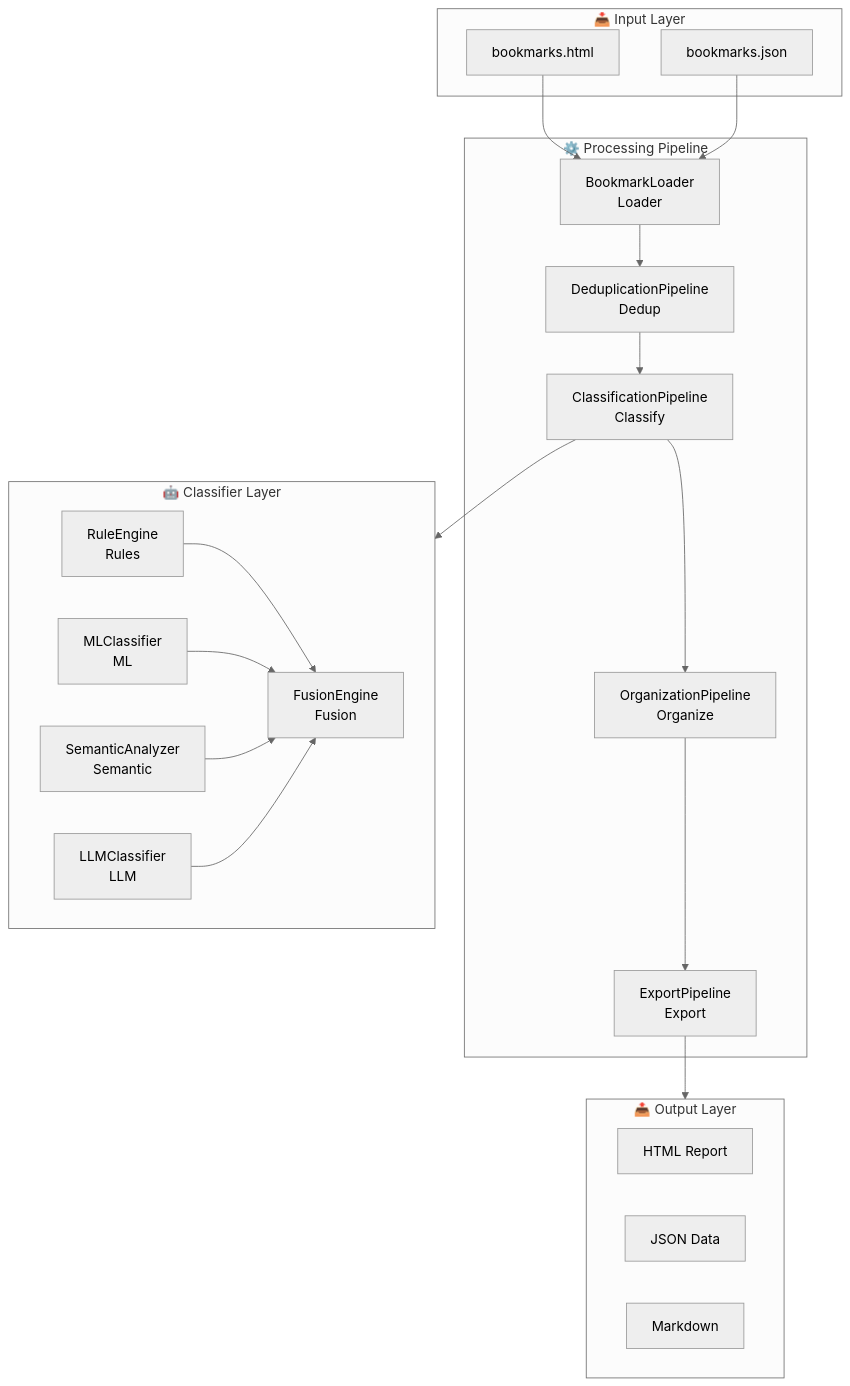
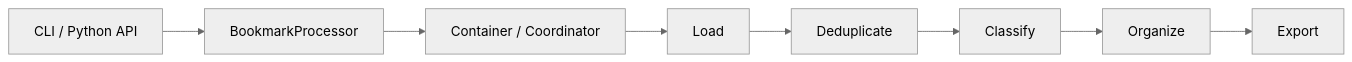
The diagram in docs/en/architecture/pipeline.md (build-workbench/bookmarks-cleaner), drawn with Mermaid (neutral theme) before and after one commit. The commit also changed other lines of this file and 17 other files, not shown here.

````diff
--- a/docs/en/architecture/pipeline.md
+++ b/docs/en/architecture/pipeline.md
@@ -7,32 +21,10 @@
 ```mermaid
-flowchart TB
-    subgraph Input["📥 Input Layer"]
-        HTML[bookmarks.html]
-        JSON_IN[bookmarks.json]
-    end
-    
-    subgraph Pipeline["⚙️ Processing Pipeline"]
-        L[BookmarkLoader<br/>Loader] --> D[DeduplicationPipeline<br/>Dedup]
-        D --> C[ClassificationPipeline<br/>Classify]
-        C --> O[OrganizationPipeline<br/>Organize]
-        O --> E[ExportPipeline<br/>Export]
-    end
-    
-    subgraph Classifiers["🤖 Classifier Layer"]
-        R[RuleEngine<br/>Rules] --> F[FusionEngine<br/>Fusion]
-        M[MLClassifier<br/>ML] --> F
-        S[SemanticAnalyzer<br/>Semantic] --> F
-        LLM[LLMClassifier<br/>LLM] --> F
-    end
-    
-    subgraph Output["📤 Output Layer"]
-        HTML_OUT[HTML Report]
-        JSON_OUT[JSON Data]
-        MD[Markdown]
-    end
-    
-    HTML --> L
-    JSON_IN --> L
-    C --> Classifiers
-    E --> Output
+flowchart LR
+    A[CLI / Python API] --> B[BookmarkProcessor]
+    B --> C[Container / Coordinator]
+    C --> D[Load]
+    D --> E[Deduplicate]
+    E --> F[Classify]
+    F --> G[Organize]
+    G --> H[Export]
 ```
````
